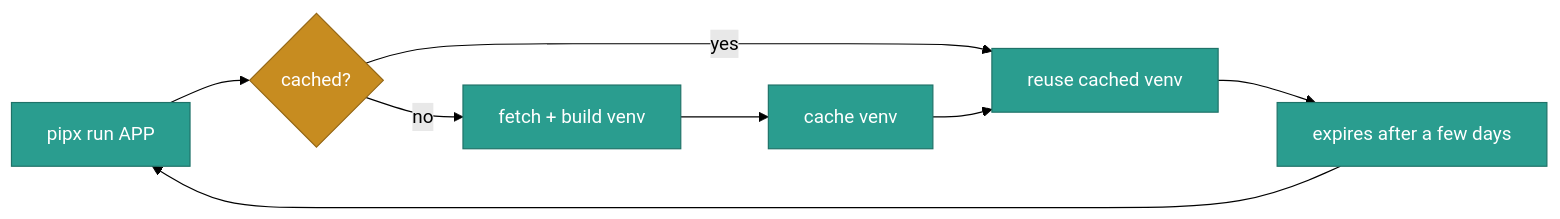
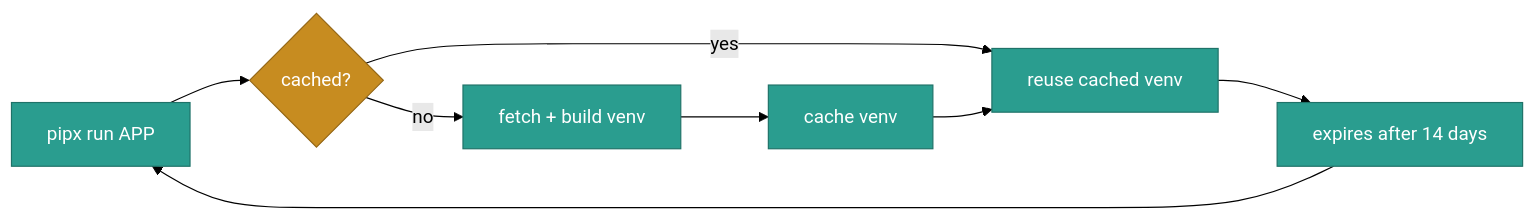
The diagram in docs/tutorial/run-applications.rst (pypa/pipx), drawn with Mermaid (forest theme) before and after one commit. The commit also changed other lines of this file and 29 other files, not shown here.

```diff
--- a/docs/tutorial/run-applications.rst
+++ b/docs/tutorial/run-applications.rst
@@ -93,15 +95,15 @@
 .. mermaid::
 
     flowchart LR
         RUN["pipx run APP"] --> CHECK{"cached?"}
         CHECK -->|"no"| FETCH["fetch + build venv"]
         FETCH --> CACHE["cache venv"]
         CHECK -->|"yes"| REUSE["reuse cached venv"]
         CACHE --> REUSE
-        REUSE --> EXPIRE["expires after a few days"]
+        REUSE --> EXPIRE["expires after 14 days"]
         EXPIRE --> RUN
 
         classDef step fill:#2a9d8f,stroke:#1f7268,color:#fff;
         classDef decide fill:#c78c20,stroke:#946716,color:#fff;
         class RUN,FETCH,CACHE,REUSE,EXPIRE step;
         class CHECK decide;
```
